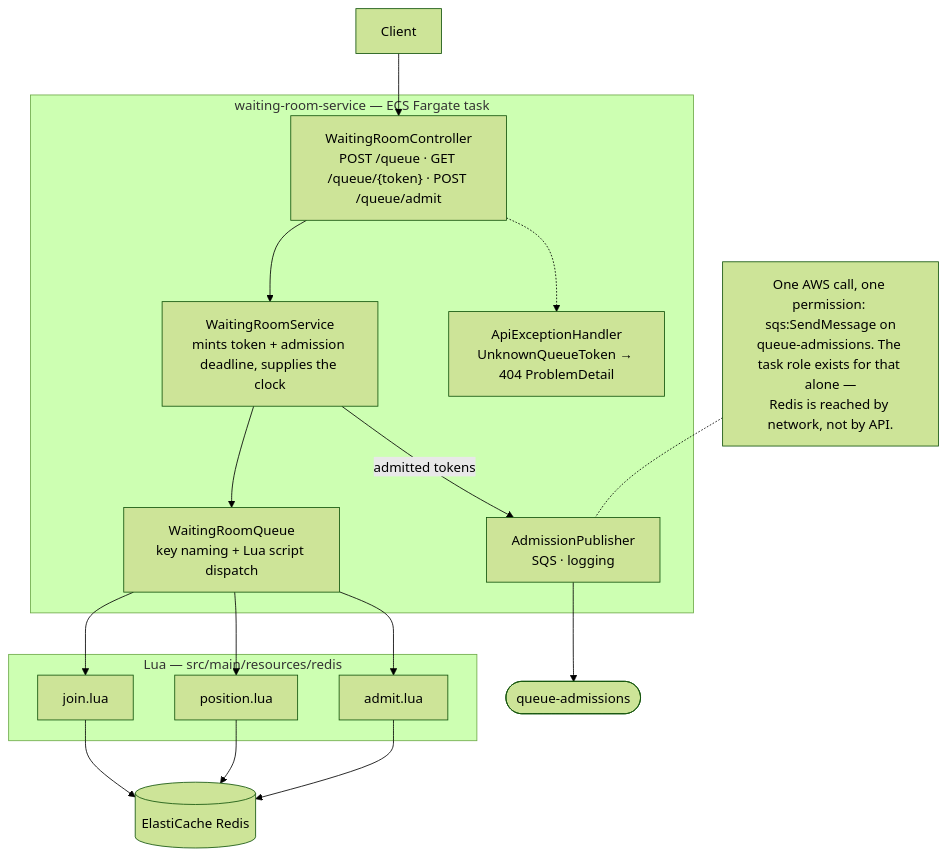
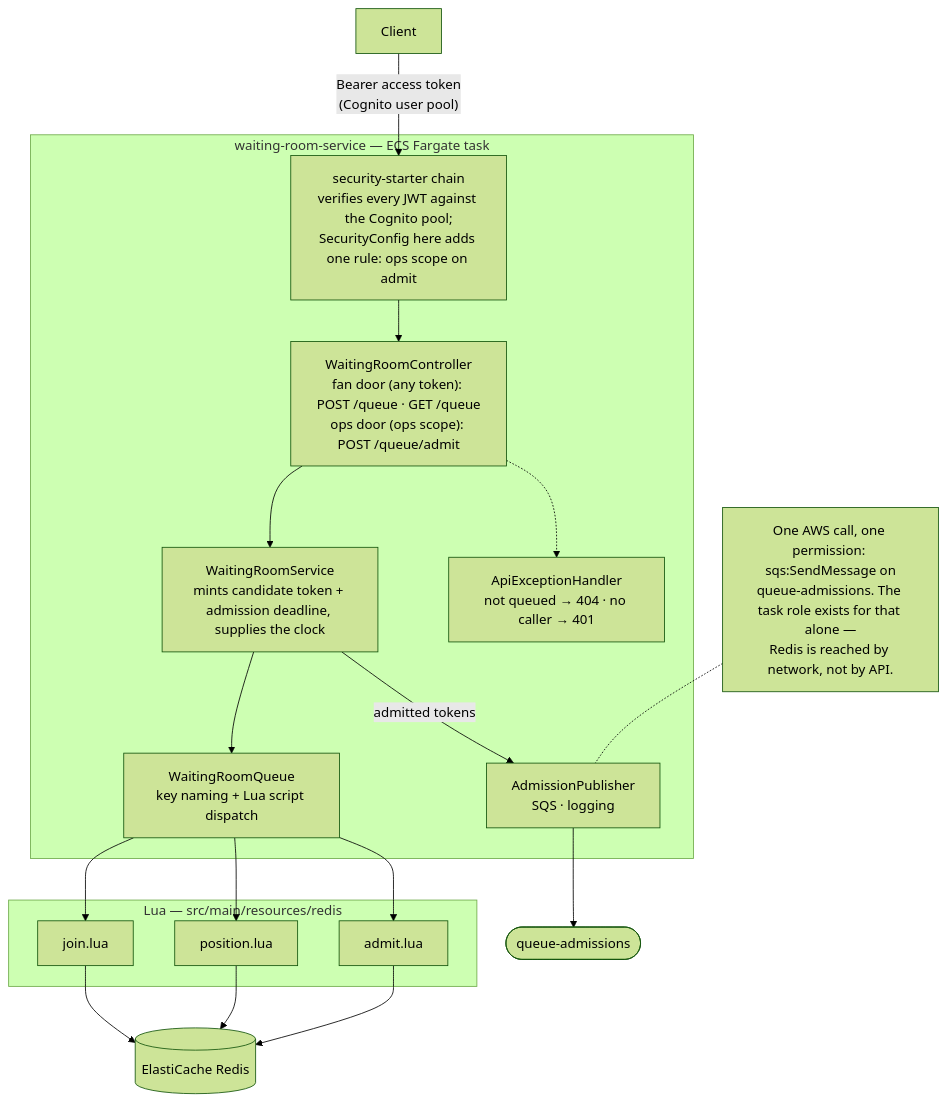
One commit to daliborjelicanin/ticket-waiting-room-aws changed the first of 4 diagrams in waiting-room-service/ARCHITECTURE.md. Above: the diagram before and after it, drawn with Mermaid (forest theme). The commit also changed other lines of this file and 65 other files, not shown here.

````diff
--- a/waiting-room-service/ARCHITECTURE.md
+++ b/waiting-room-service/ARCHITECTURE.md
@@ -12,28 +13,29 @@
 ```mermaid
 flowchart TB
     Client["Client"]
 
     subgraph svc["waiting-room-service — ECS Fargate task"]
-        WC["WaitingRoomController<br/>POST /queue · GET /queue/{token} · POST /queue/admit"]
-        WS["WaitingRoomService<br/>mints token + admission deadline, supplies the clock"]
+        WC["WaitingRoomController<br/>fan door (any token): POST /queue · GET /queue<br/>ops door (ops scope): POST /queue/admit"]
+        SC["security-starter chain<br/>verifies every JWT against the Cognito pool;<br/>SecurityConfig here adds one rule: ops scope on admit"]
+        WS["WaitingRoomService<br/>mints candidate token + admission deadline, supplies the clock"]
         WQ["WaitingRoomQueue<br/>key naming + Lua script dispatch"]
         AP["AdmissionPublisher<br/>SQS · logging"]
-        EH["ApiExceptionHandler<br/>UnknownQueueToken → 404 ProblemDetail"]
+        EH["ApiExceptionHandler<br/>not queued → 404 · no caller → 401"]
     end
 
     subgraph lua["Lua — src/main/resources/redis"]
         JOIN["join.lua"]
         POS["position.lua"]
         ADM["admit.lua"]
     end
 
     R[("ElastiCache Redis")]
     QA(["queue-admissions"])
 
-    Client --> WC --> WS --> WQ
+    Client -->|"Bearer access token<br/>(Cognito user pool)"| SC --> WC --> WS --> WQ
     WC -.-> EH
     WQ --> JOIN & POS & ADM --> R
     WS -->|"admitted tokens"| AP --> QA
 
     N["One AWS call, one permission: sqs:SendMessage on<br/>queue-admissions. The task role exists for that alone —<br/>Redis is reached by network, not by API."] -.- AP
 ```
````
